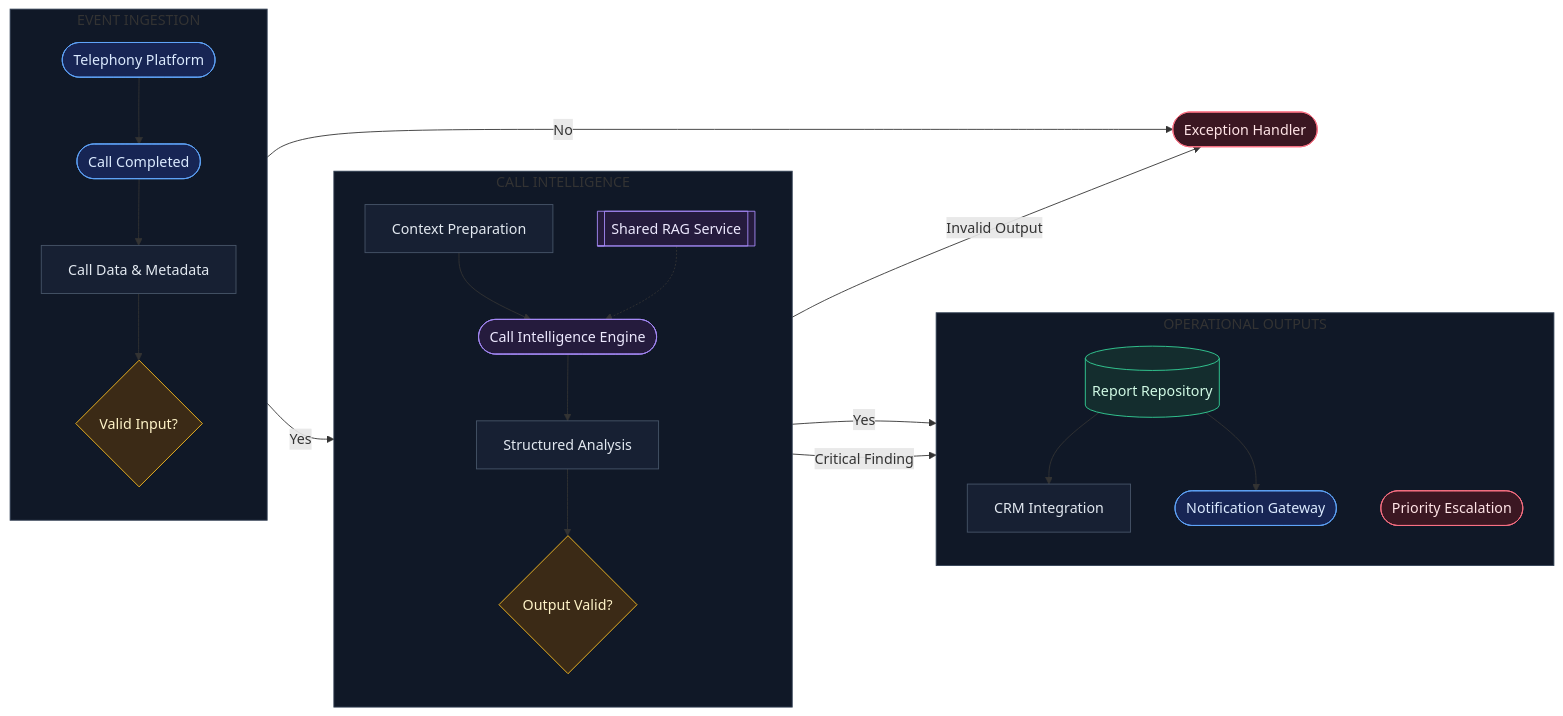
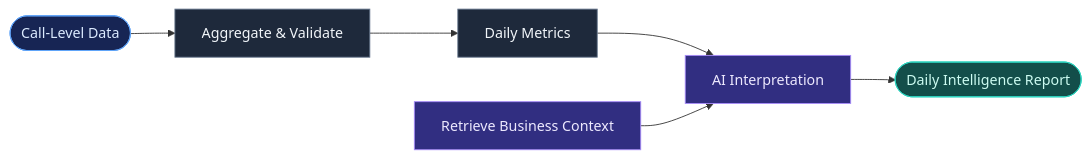
The third of 4 diagrams in README.md (SinaKakavand/Intelligent_Sales_Automation), drawn with Mermaid before and after one commit. The commit also changed other lines of this file, not shown here.

````diff
--- a/README.md
+++ b/README.md
@@ -104,59 +116,23 @@
 ```mermaid
 flowchart LR
-    subgraph EVENT["EVENT INGESTION"]
-        direction TB
-        TEL(["Telephony Platform"])
-        EVT(["Call Completed"])
-        PAY["Call Data & Metadata"]
-        VALID{"Valid Input?"}
+    A([Call-Level Data])
+    B[Aggregate & Validate]
+    C[Daily Metrics]
+    D[Retrieve Business Context]
+    E[AI Interpretation]
+    F([Daily Intelligence Report])
 
-        TEL --> EVT --> PAY --> VALID
-    end
+    A --> B --> C --> E
+    D --> E
+    E --> F
 
-    subgraph ANALYSIS["CALL INTELLIGENCE"]
-        direction TB
-        PREP["Context Preparation"]
-        RAG[["Shared RAG Service"]]
-        LLM(["Call Intelligence Engine"])
-        OUT["Structured Analysis"]
-        QA{"Output Valid?"}
+    classDef input fill:#172554,stroke:#60A5FA,color:#DBEAFE
+    classDef process fill:#1E293B,stroke:#64748B,color:#F1F5F9
+    classDef ai fill:#312E81,stroke:#A78BFA,color:#EDE9FE
+    classDef output fill:#134E4A,stroke:#2DD4BF,color:#CCFBF1
 
-        PREP --> LLM --> OUT --> QA
-        RAG -.-> LLM
-    end
-
-    subgraph OUTPUT["OPERATIONAL OUTPUTS"]
-        direction TB
-        REPORT[("Report Repository")]
-        CRM["CRM Integration"]
-        NOTIFY(["Notification Gateway"])
-        ESC(["Priority Escalation"])
-
-        REPORT --> CRM
-        REPORT --> NOTIFY
-    end
-
-    VALID -->|"Yes"| PREP
-    QA -->|"Yes"| REPORT
-    QA -->|"Critical Finding"| ESC
-    VALID -->|"No"| ERROR(["Exception Handler"])
-    QA -->|"Invalid Output"| ERROR
-
-    classDef source fill:#172554,stroke:#60A5FA,color:#DBEAFE
-    classDef process fill:#172033,stroke:#475569,color:#E2E8F0
-    classDef ai fill:#251B3D,stroke:#A78BFA,color:#EDE9FE
-    classDef data fill:#142D2E,stroke:#34D399,color:#D1FAE5
-    classDef decision fill:#3B2A16,stroke:#FBBF24,color:#FEF3C7
-    classDef error fill:#3B1722,stroke:#FB7185,color:#FFE4E6
-
-    class TEL,EVT,NOTIFY source
-    class PAY,PREP,OUT,CRM process
-    class RAG,LLM ai
-    class REPORT data
-    class VALID,QA decision
-    class ERROR,ESC error
-
-    style EVENT fill:#101827,stroke:#334155
-    style ANALYSIS fill:#101827,stroke:#334155
-    style OUTPUT fill:#101827,stroke:#334155
+    class A input
+    class B,C process
+    class D,E ai
+    class F output
 ```
````
